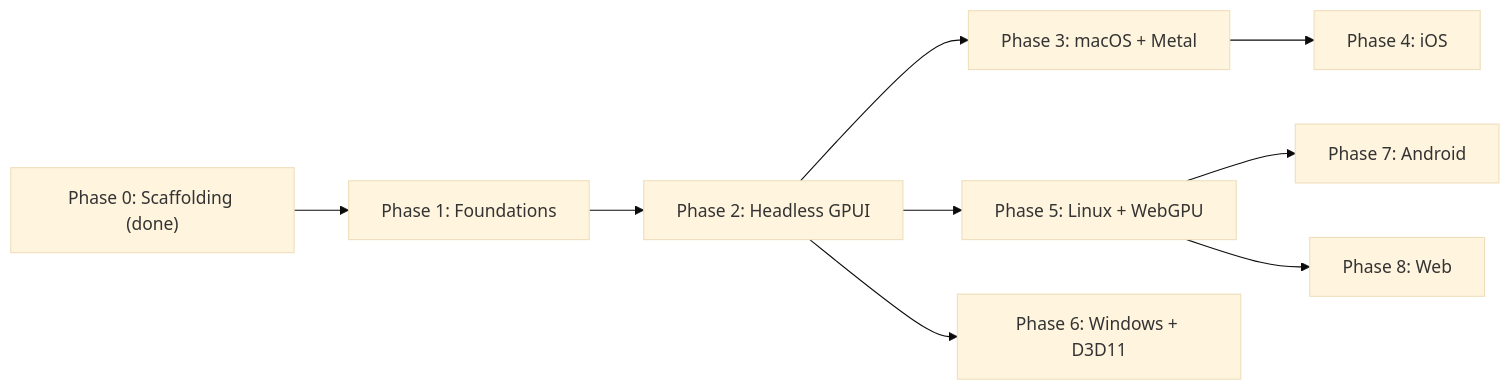
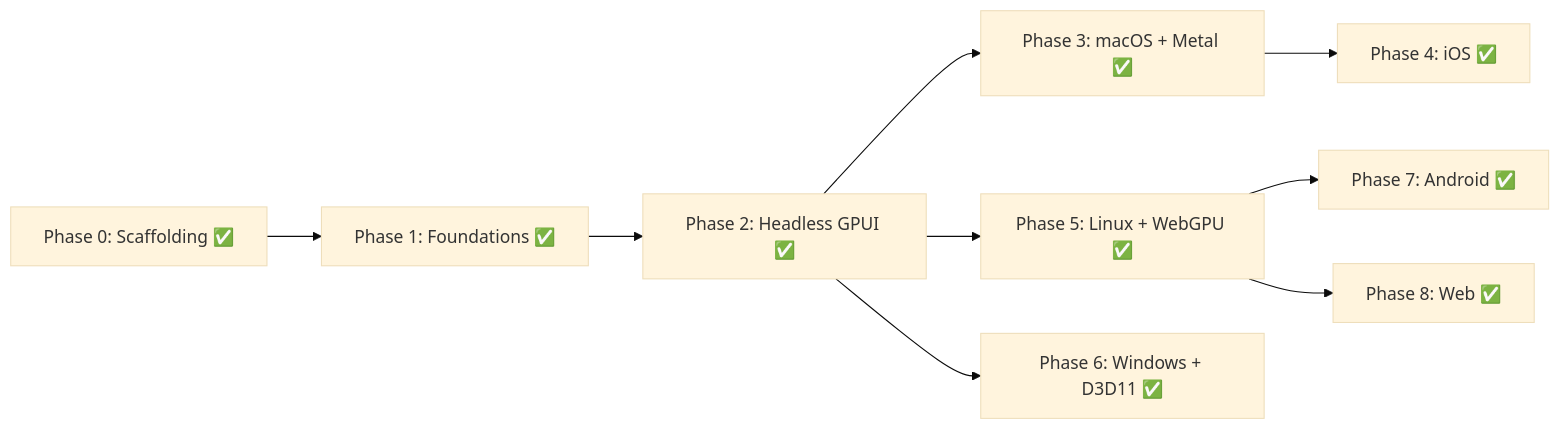
The diagram in docs/ROADMAP.md (mweinbach/GPUA), drawn with Mermaid (base theme) before and after one commit. The commit also changed other lines of this file and 160 other files, not shown here.

Commit message:
feat: complete native Apple, Android, and Web platform ports

````diff
--- a/docs/ROADMAP.md
+++ b/docs/ROADMAP.md
@@ -5,11 +5,11 @@
 ```mermaid
 flowchart LR
-    P0["Phase 0: Scaffolding (done)"] --> P1["Phase 1: Foundations"]
-    P1 --> P2["Phase 2: Headless GPUI"]
-    P2 --> P3["Phase 3: macOS + Metal"]
-    P3 --> P4["Phase 4: iOS"]
-    P2 --> P5["Phase 5: Linux + WebGPU"]
-    P2 --> P6["Phase 6: Windows + D3D11"]
-    P5 --> P7["Phase 7: Android"]
-    P5 --> P8["Phase 8: Web"]
+    P0["Phase 0: Scaffolding ✅"] --> P1["Phase 1: Foundations ✅"]
+    P1 --> P2["Phase 2: Headless GPUI ✅"]
+    P2 --> P3["Phase 3: macOS + Metal ✅"]
+    P3 --> P4["Phase 4: iOS ✅"]
+    P2 --> P5["Phase 5: Linux + WebGPU ✅"]
+    P2 --> P6["Phase 6: Windows + D3D11 ✅"]
+    P5 --> P7["Phase 7: Android ✅"]
+    P5 --> P8["Phase 8: Web ✅"]
 ```
````
